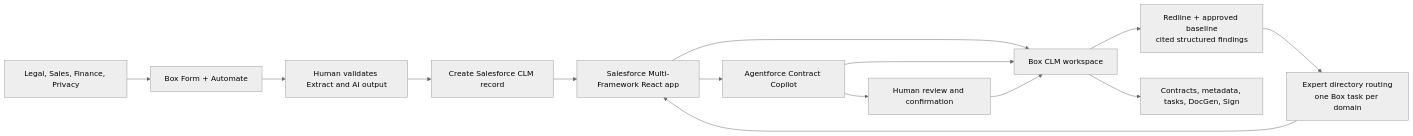
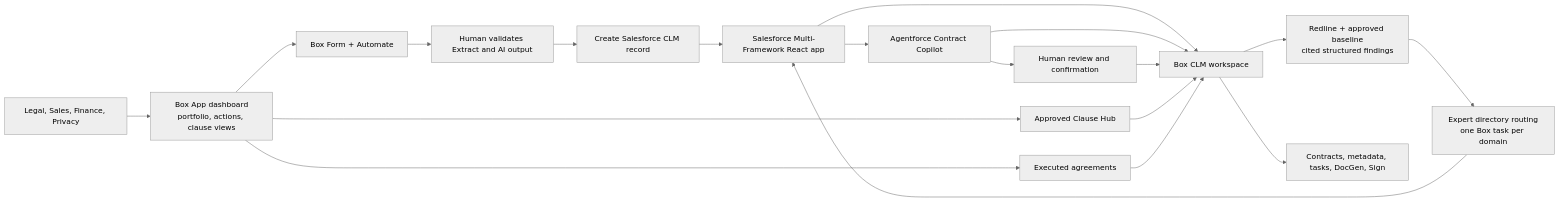
Before and after one commit to unofficialbox/box-bedrock-for-clm: the second of 2 diagrams in docs/01-architecture.md, drawn with Mermaid (neutral theme). The commit also changed 20 other files, not shown here.

Commit message:
Refresh CLM App and clause Hub

````diff
--- a/docs/01-architecture.md
+++ b/docs/01-architecture.md
@@ -157,16 +157,21 @@
 ```mermaid
 flowchart LR
-    User["Legal, Sales, Finance, Privacy"] --> Intake["Box Form + Automate"]
+    User["Legal, Sales, Finance, Privacy"] --> App["Box App dashboard<br/>portfolio, actions, clause views"]
+    App --> Intake["Box Form + Automate"]
+    App --> Hub["Approved Clause Hub"]
+    App --> Executed["Executed agreements"]
     Intake --> Validate["Human validates Extract and AI output"]
     Validate --> Record["Create Salesforce CLM record"]
     Record --> React["Salesforce Multi-Framework React app"]
     React --> Box["Box CLM workspace"]
     React --> Agentforce["Agentforce Contract Copilot"]
     Agentforce --> Box
     Box --> Compare["Redline + approved baseline<br/>cited structured findings"]
     Compare --> Route["Expert directory routing<br/>one Box task per domain"]
     Route --> React
     Box --> Content["Contracts, metadata, tasks, DocGen, Sign"]
     Agentforce --> Human["Human review and confirmation"]
     Human --> Box
+    Hub --> Box
+    Executed --> Box
 ```
````
